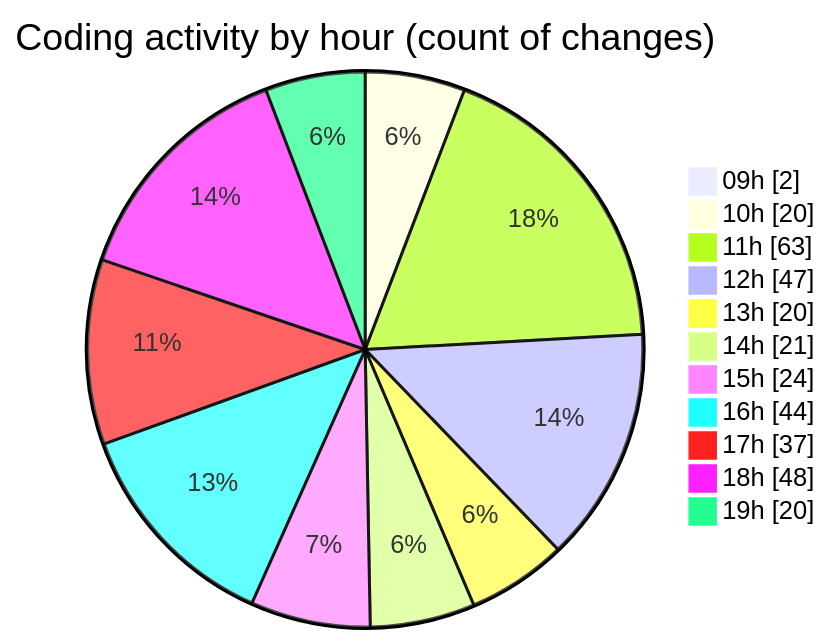
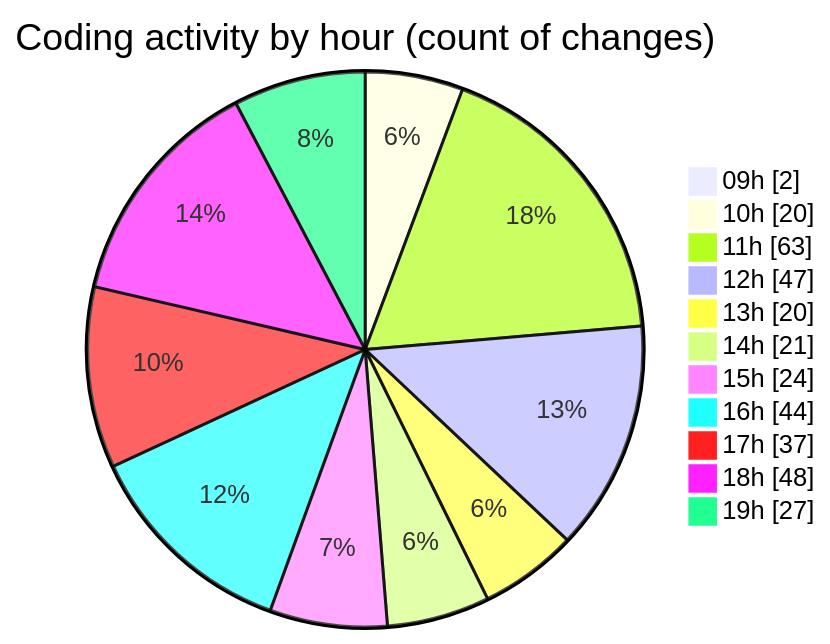
Before and after one commit to momahboobian/code-tracking: the second of 2 diagrams in 2025-04-08/cda/README.md, drawn with Mermaid. The commit also changed other lines of this file and 1 other file, not shown here.

````diff
--- a/2025-04-08/cda/README.md
+++ b/2025-04-08/cda/README.md
@@ -49,15 +49,15 @@
 ```mermaid
 pie showData
 title Coding activity by hour (count of changes)
 "09h" : 2
 "10h" : 20
 "11h" : 63
 "12h" : 47
 "13h" : 20
 "14h" : 21
 "15h" : 24
 "16h" : 44
 "17h" : 37
 "18h" : 48
-"19h" : 20
+"19h" : 27
 ```
````
